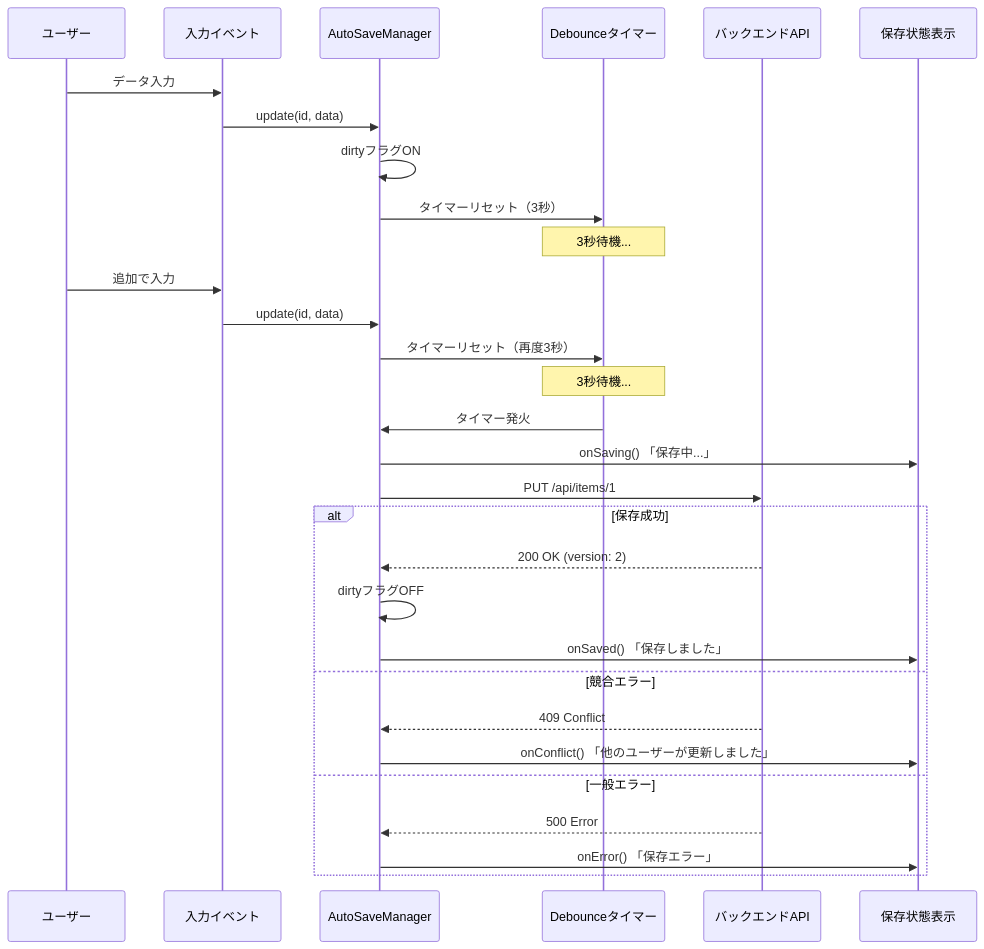
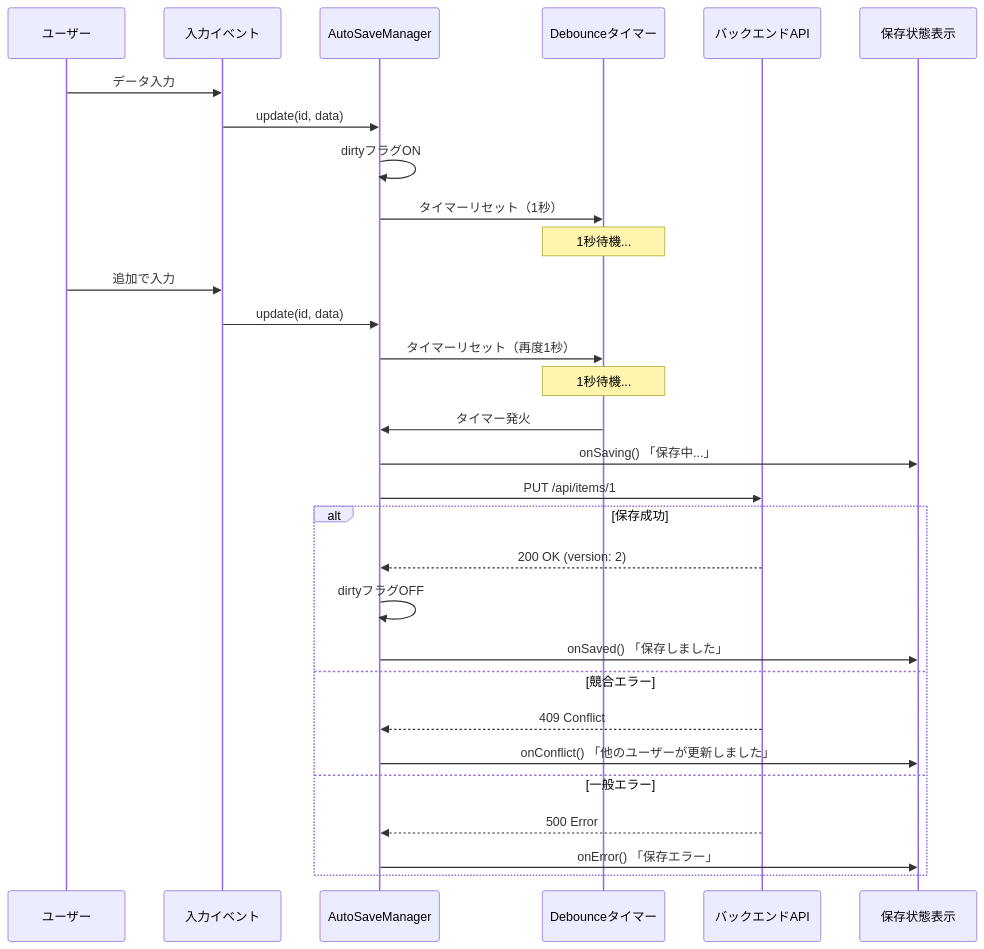
One commit to yossyi0323/App changed the diagram in Tools/auto-save/README.md. Above: the diagram before and after it, drawn with Mermaid. The commit also changed other lines of this file and 13 other files, not shown here.

````diff
--- a/Tools/auto-save/README.md
+++ b/Tools/auto-save/README.md
@@ -55,38 +55,38 @@
 ```mermaid
 sequenceDiagram
     participant User as ユーザー
     participant Input as 入力イベント
     participant ASM as AutoSaveManager
     participant Timer as Debounceタイマー
     participant API as バックエンドAPI
     participant UI as 保存状態表示
 
     User->>Input: データ入力
     Input->>ASM: update(id, data)
     ASM->>ASM: dirtyフラグON
-    ASM->>Timer: タイマーリセット（3秒）
+    ASM->>Timer: タイマーリセット（1秒）
     
-    Note over Timer: 3秒待機...
+    Note over Timer: 1秒待機...
     
     User->>Input: 追加で入力
     Input->>ASM: update(id, data)
-    ASM->>Timer: タイマーリセット（再度3秒）
+    ASM->>Timer: タイマーリセット（再度1秒）
     
-    Note over Timer: 3秒待機...
+    Note over Timer: 1秒待機...
     
     Timer->>ASM: タイマー発火
     ASM->>UI: onSaving() 「保存中...」
     ASM->>API: PUT /api/items/1
     
     alt 保存成功
         API-->>ASM: 200 OK (version: 2)
         ASM->>ASM: dirtyフラグOFF
         ASM->>UI: onSaved() 「保存しました」
     else 競合エラー
         API-->>ASM: 409 Conflict
         ASM->>UI: onConflict() 「他のユーザーが更新しました」
     else 一般エラー
         API-->>ASM: 500 Error
         ASM->>UI: onError() 「保存エラー」
     end
 ```
````
